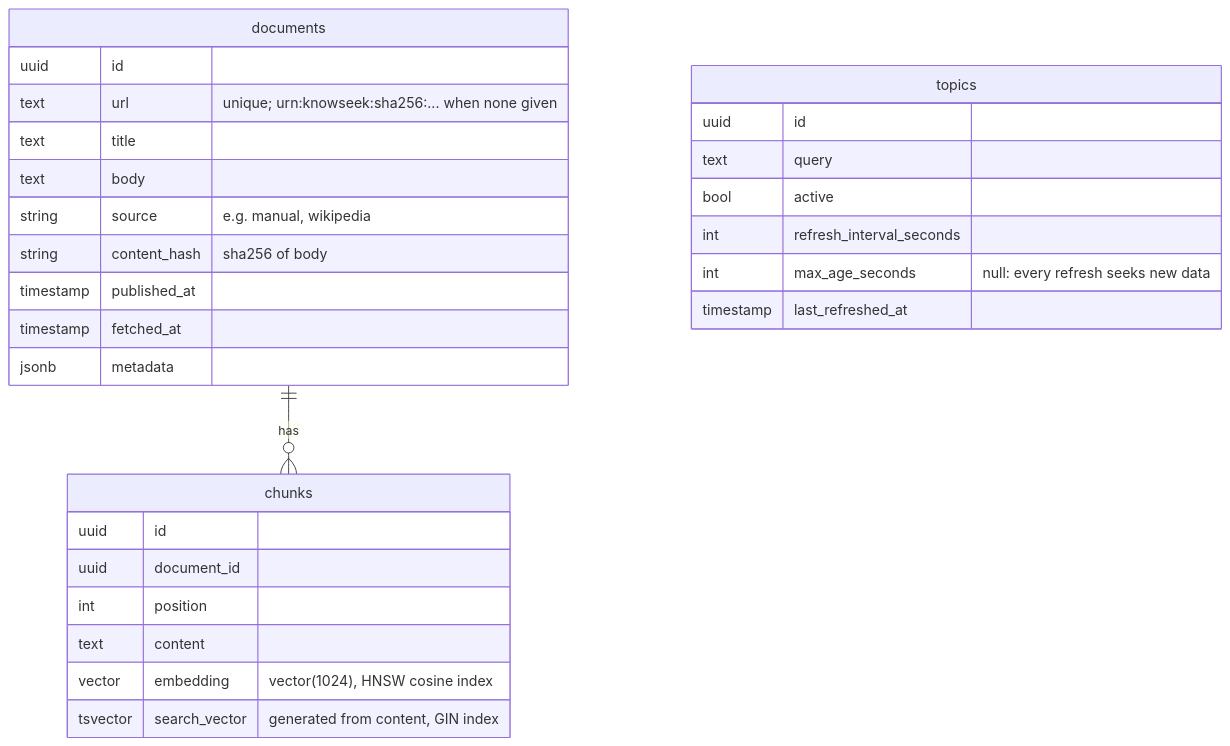
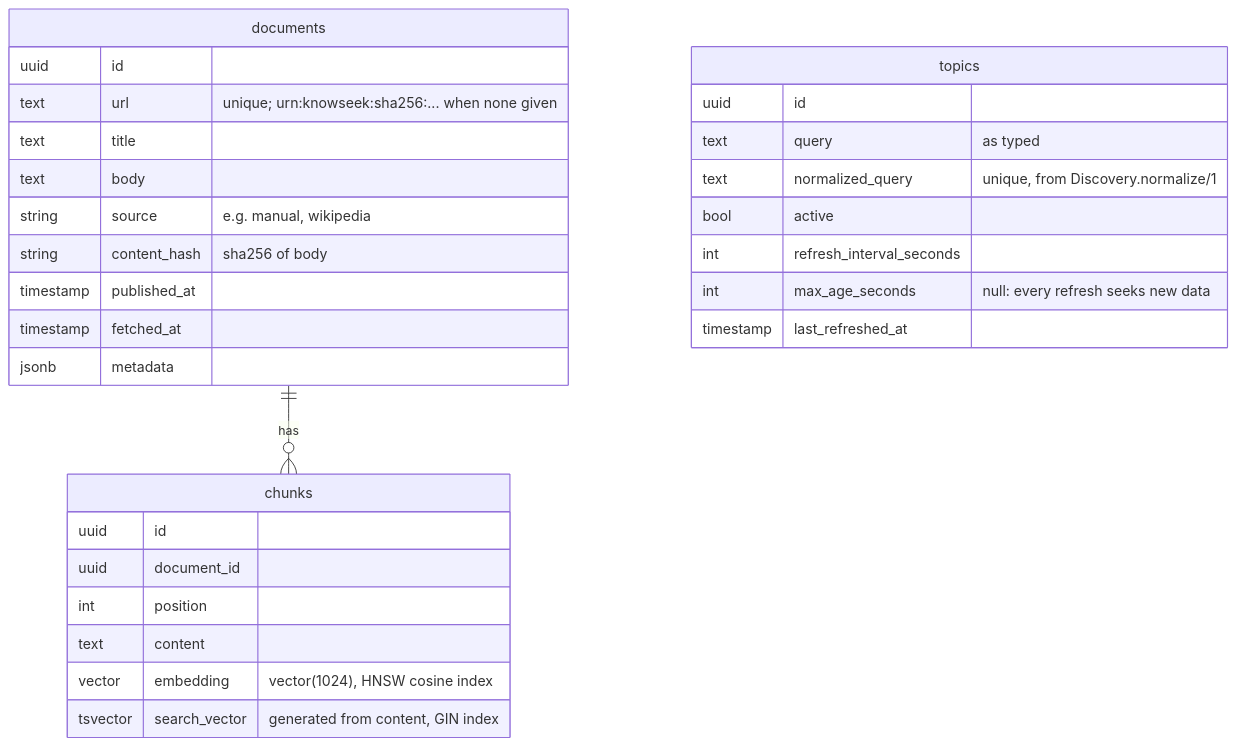
One commit to williamge/knowseek changed the second of 2 diagrams in docs/ARCHITECTURE.md. Above: the diagram before and after it, drawn with Mermaid. The commit also changed other lines of this file and 16 other files, not shown here.

First line of the commit message:
Topics unique by normalized query (task 020) (#11)

````diff
--- a/docs/ARCHITECTURE.md
+++ b/docs/ARCHITECTURE.md
@@ -54,31 +54,32 @@
 ```mermaid
 erDiagram
     documents ||--o{ chunks : has
     documents {
         uuid id
         text url "unique; urn:knowseek:sha256:... when none given"
         text title
         text body
         string source "e.g. manual, wikipedia"
         string content_hash "sha256 of body"
         timestamp published_at
         timestamp fetched_at
         jsonb metadata
     }
     chunks {
         uuid id
         uuid document_id
         int position
         text content
         vector embedding "vector(1024), HNSW cosine index"
         tsvector search_vector "generated from content, GIN index"
     }
     topics {
         uuid id
-        text query
+        text query "as typed"
+        text normalized_query "unique, from Discovery.normalize/1"
         bool active
         int refresh_interval_seconds
         int max_age_seconds "null: every refresh seeks new data"
         timestamp last_refreshed_at
     }
 ```
````
